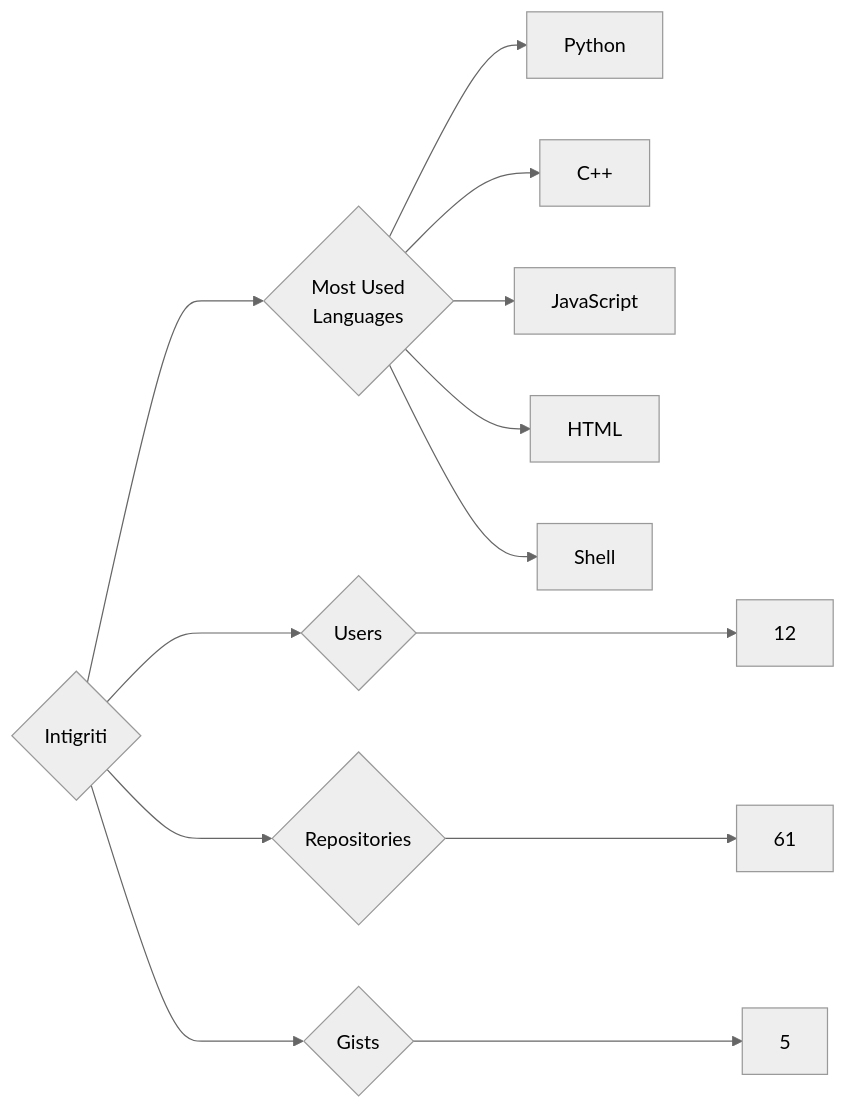
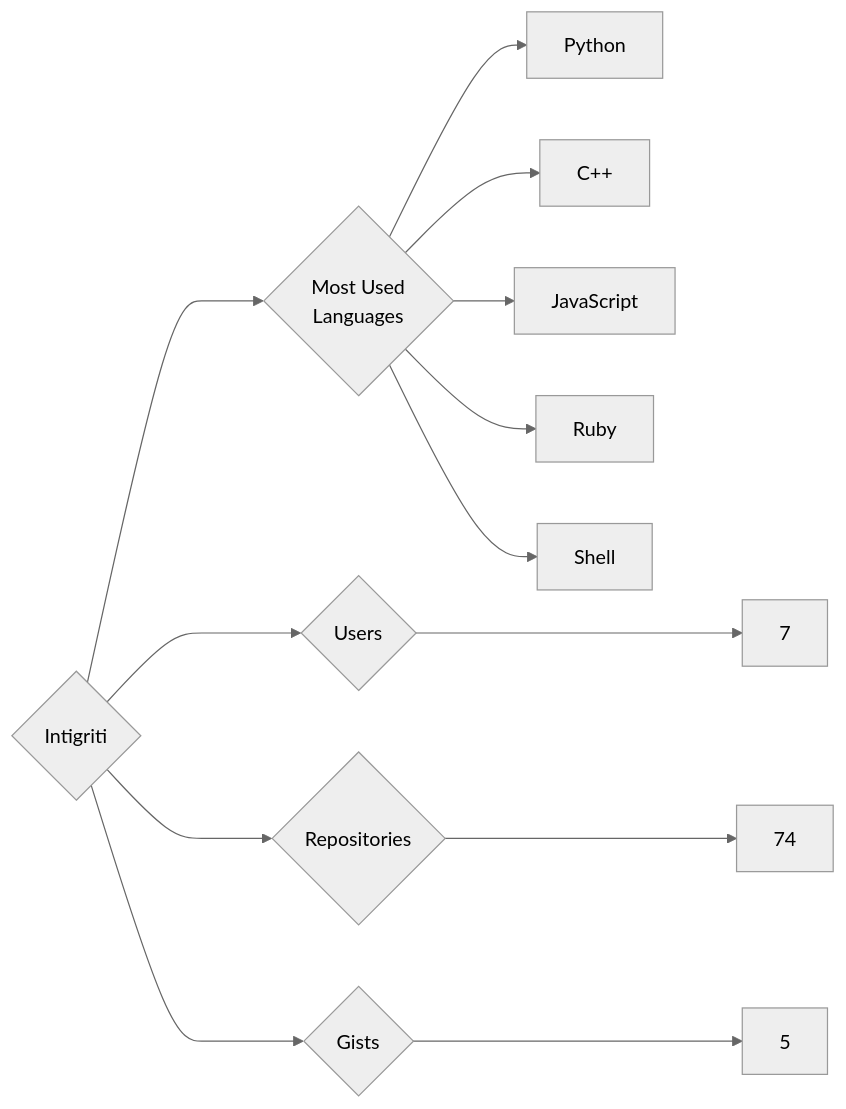
The diagram in targets/Intigriti/README.md (trickest/insiders), drawn with Mermaid (neutral theme) before and after one commit. The commit also changed 925 other files, not shown here.

````diff
--- a/targets/Intigriti/README.md
+++ b/targets/Intigriti/README.md
@@ -3,13 +3,13 @@
 ```mermaid
 graph LR
 COMPANY_NAME{Intigriti}
-COMPANY_NAME ---> U{Users} ---> UN[12]
-COMPANY_NAME ---> R{Repositories} ---> RN[61]
+COMPANY_NAME ---> U{Users} ---> UN[7]
+COMPANY_NAME ---> R{Repositories} ---> RN[74]
 COMPANY_NAME ---> G{Gists} ---> GN[5]
 COMPANY_NAME ---> ML{Most Used<br>Languages}
 ML --> Python[Python]
 ML --> C++[C++]
 ML --> JavaScript[JavaScript]
-ML --> HTML[HTML]
+ML --> Ruby[Ruby]
 ML --> Shell[Shell]
 ```
````
